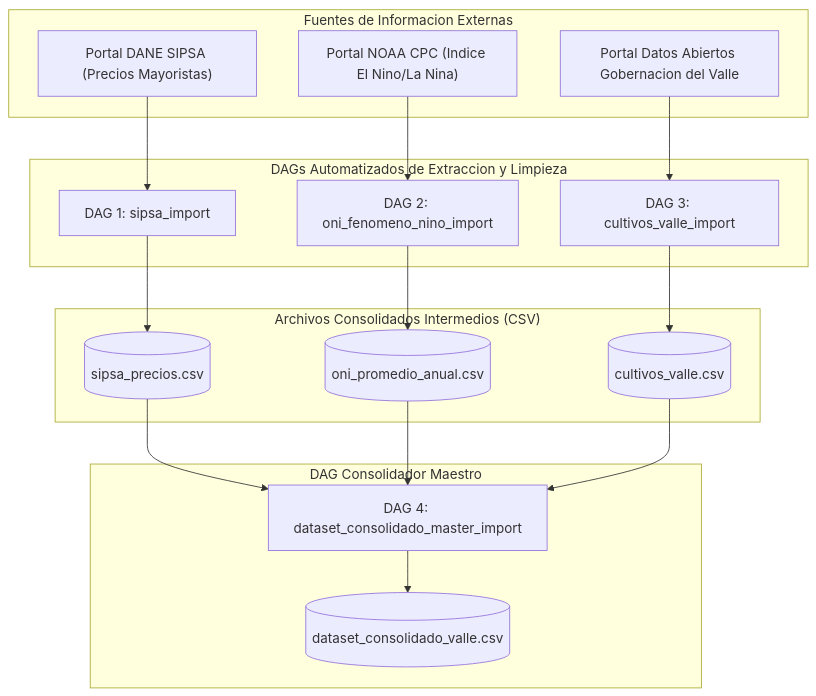
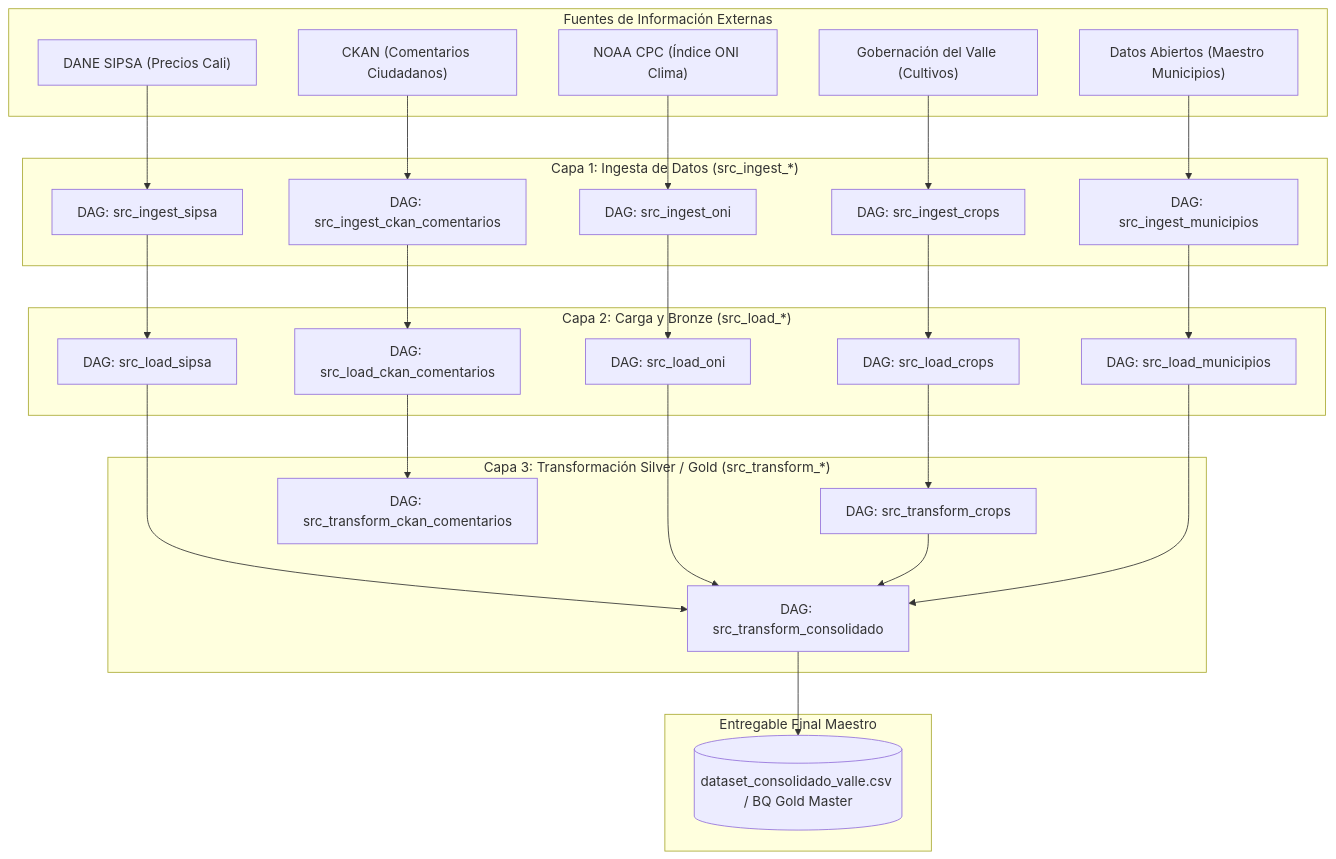
The first of 3 diagrams in 1.3.1.2 DOCUMENTACION_DAGS.md (jjvallej/enigma_pyImport), drawn with Mermaid before and after one commit. The commit also changed other lines of this file and 54 other files, not shown here.

Commit message:
feat(dags): actualizar dags y configuraciones para ValleDATA en Bitbucket

````diff
--- a/1.3.1.2 DOCUMENTACION_DAGS.md
+++ b/1.3.1.2 DOCUMENTACION_DAGS.md
@@ -48,34 +48,44 @@
 ```mermaid
-graph TD
-    subgraph S1["Fuentes de Informacion Externas"]
-        DANE["Portal DANE SIPSA (Precios Mayoristas)"]
-        NOAA["Portal NOAA CPC (Indice El Nino/La Nina)"]
-        GOB["Portal Datos Abiertos Gobernacion del Valle"]
+flowchart TD
+    subgraph S1["Fuentes de Información Externas"]
+        DANE["DANE SIPSA (Precios Cali)"]
+        NOAA["NOAA CPC (Índice ONI Clima)"]
+        GOB["Gobernación del Valle (Cultivos)"]
+        MUN["Datos Abiertos (Maestro Municipios)"]
+        CKAN["CKAN (Comentarios Ciudadanos)"]
     end
 
-    subgraph S2["DAGs Automatizados de Extraccion y Limpieza"]
-        DAG1["DAG 1: sipsa_import"]
-        DAG2["DAG 2: oni_fenomeno_nino_import"]
-        DAG3["DAG 3: cultivos_valle_import"]
+    subgraph S2["Capa 1: Ingesta de Datos (src_ingest_*)"]
+        I_SIPSA["DAG: src_ingest_sipsa"]
+        I_ONI["DAG: src_ingest_oni"]
+        I_CROPS["DAG: src_ingest_crops"]
+        I_MUN["DAG: src_ingest_municipios"]
+        I_CKAN["DAG: src_ingest_ckan_comentarios"]
     end
 
-    subgraph S3["Archivos Consolidados Intermedios (CSV)"]
-        CSV1[("sipsa_precios.csv")]
-        CSV2[("oni_promedio_anual.csv")]
-        CSV3[("cultivos_valle.csv")]
+    subgraph S3["Capa 2: Carga y Bronze (src_load_*)"]
+        L_SIPSA["DAG: src_load_sipsa"]
+        L_ONI["DAG: src_load_oni"]
+        L_CROPS["DAG: src_load_crops"]
+        L_MUN["DAG: src_load_municipios"]
+        L_CKAN["DAG: src_load_ckan_comentarios"]
     end
 
-    subgraph S4["DAG Consolidador Maestro"]
-        DAG4["DAG 4: dataset_consolidado_master_import"]
-        MASTER[("dataset_consolidado_valle.csv")]
+    subgraph S4["Capa 3: Transformación Silver / Gold (src_transform_*)"]
+        T_CROPS["DAG: src_transform_crops"]
+        T_CKAN["DAG: src_transform_ckan_comentarios"]
+        T_MASTER["DAG: src_transform_consolidado"]
     end
 
-    DANE --> DAG1 --> CSV1
-    NOAA --> DAG2 --> CSV2
-    GOB --> DAG3 --> CSV3
+    subgraph S5["Entregable Final Maestro"]
+        GOLD[("dataset_consolidado_valle.csv / BQ Gold Master")]
+    end
 
-    CSV1 --> DAG4
-    CSV2 --> DAG4
-    CSV3 --> DAG4
-    DAG4 --> MASTER
+    DANE --> I_SIPSA --> L_SIPSA --> T_MASTER
+    NOAA --> I_ONI --> L_ONI --> T_MASTER
+    GOB --> I_CROPS --> L_CROPS --> T_CROPS --> T_MASTER
+    MUN --> I_MUN --> L_MUN --> T_MASTER
+    CKAN --> I_CKAN --> L_CKAN --> T_CKAN
+
+    T_MASTER --> GOLD
 ```
````
